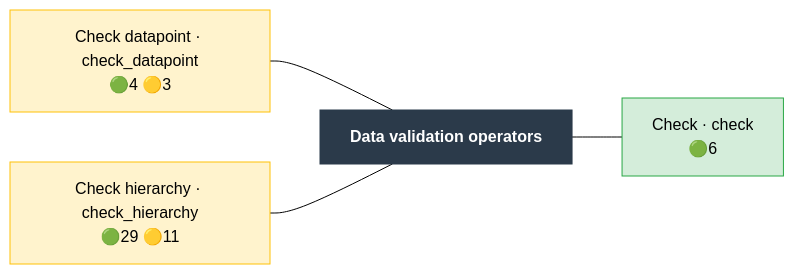
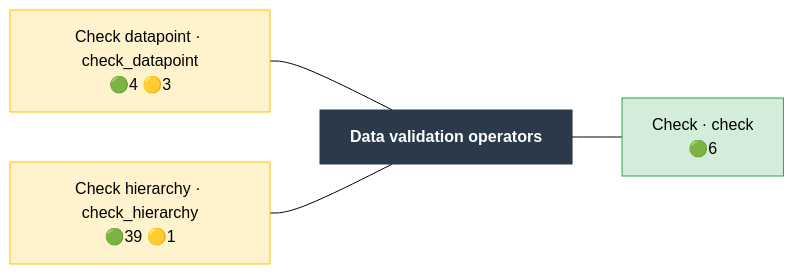
One commit to Meaningful-Data/vtlengine changed the diagram in docs/operator_map/validation/index.rst. Above: the diagram before and after it, drawn with Mermaid (forest theme). The commit also changed other lines of this file and 175 other files, not shown here.

```diff
--- a/docs/operator_map/validation/index.rst
+++ b/docs/operator_map/validation/index.rst
@@ -24,21 +24,21 @@
 .. mermaid::
    :config: {"flowchart": {"useMaxWidth": false}}
 
    flowchart LR
        classDef ok fill:#d4edda,stroke:#28a745,color:#000
        classDef partial fill:#fff3cd,stroke:#ffc107,color:#000
        classDef refused fill:#d4edda,stroke:#28a745,stroke-width:3px,stroke-dasharray: 2 2,color:#000
        classDef missing fill:#f8d7da,stroke:#dc3545,color:#000
        classDef diverge fill:#cce5ff,stroke:#007bff,color:#000
        classDef block fill:#2b3a4a,stroke:#2b3a4a,color:#fff,font-weight:bold
        classDef ext fill:#fff,stroke:#666,color:#000,stroke-dasharray: 5 5
        B["Data validation operators"]:::block
        validation__check_datapoint["Check datapoint · check_datapoint<br/>🟢4 🟡3"]:::partial
-       validation__check_hierarchy["Check hierarchy · check_hierarchy<br/>🟢29 🟡11"]:::partial
+       validation__check_hierarchy["Check hierarchy · check_hierarchy<br/>🟢39 🟡1"]:::partial
        validation__check["Check · check<br/>🟢6"]:::ok
        validation__check_datapoint --- B
        validation__check_hierarchy --- B
        B --- validation__check
        click validation__check_datapoint href "check_datapoint.html"
        click validation__check_hierarchy href "check_hierarchy.html"
        click validation__check href "check.html"
```
